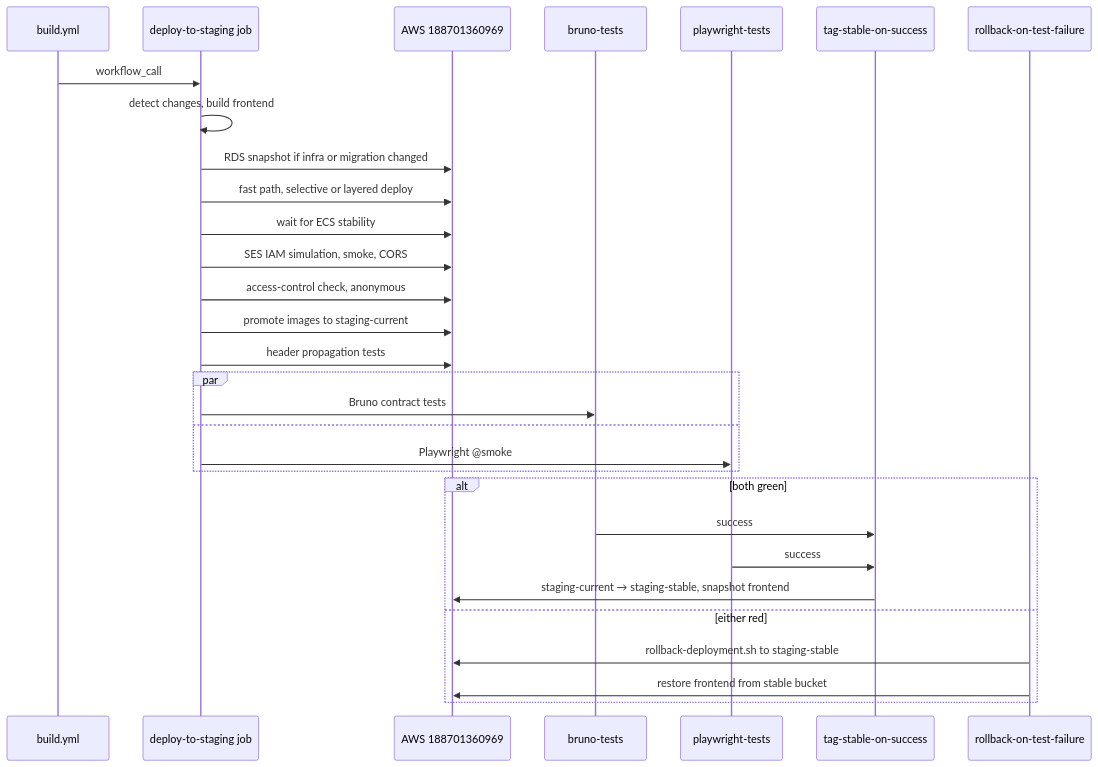
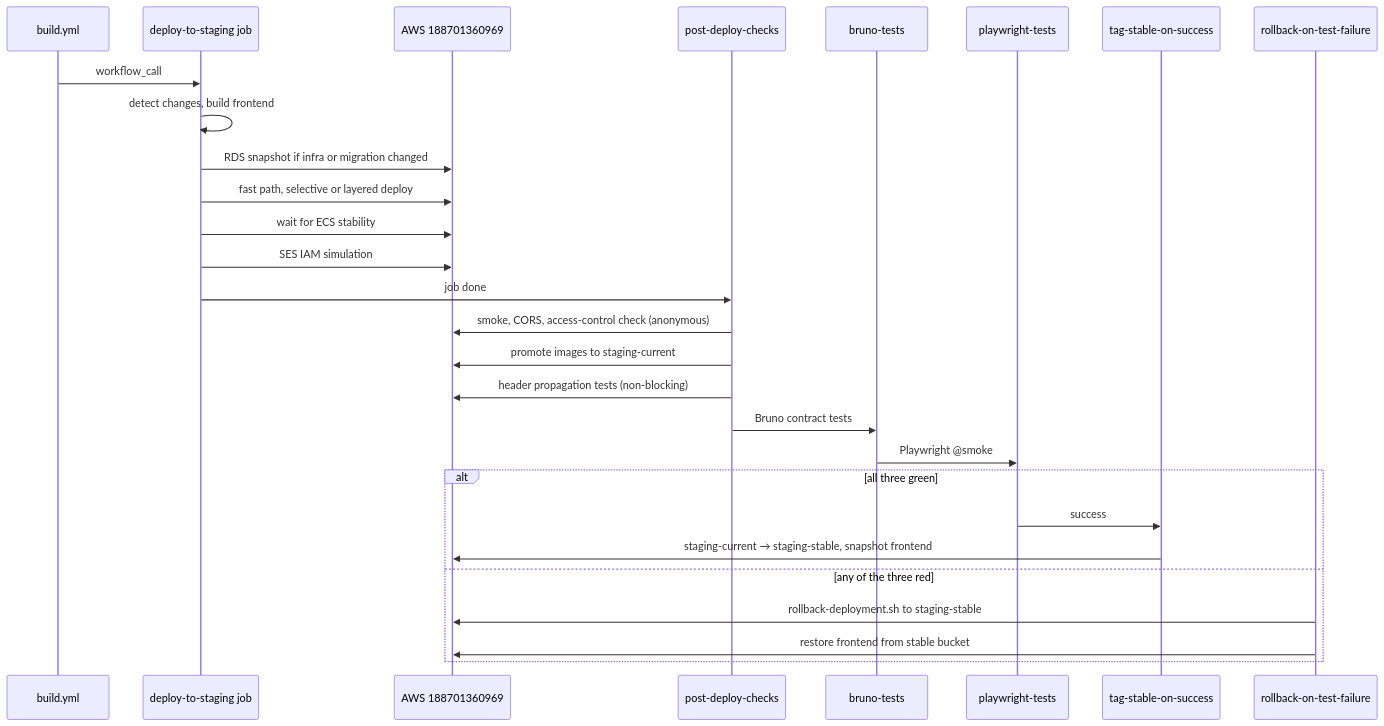
Before and after one commit to nissimbuchs/BATbern2: diagram 14 of 26 in docs/architecture/02-infrastructure-deployment.md, drawn with Mermaid. The commit also changed 479 other files, not shown here.

````diff
--- a/docs/architecture/02-infrastructure-deployment.md
+++ b/docs/architecture/02-infrastructure-deployment.md
@@ -791,33 +791,31 @@
 ```mermaid
 sequenceDiagram
     participant B as build.yml
     participant D as deploy-to-staging job
     participant AWS as AWS 188701360969
+    participant PC as post-deploy-checks
     participant BR as bruno-tests
     participant PW as playwright-tests
     participant OK as tag-stable-on-success
     participant RB as rollback-on-test-failure
 
     B->>D: workflow_call
     D->>D: detect changes, build frontend
     D->>AWS: RDS snapshot if infra or migration changed
     D->>AWS: fast path, selective or layered deploy
     D->>AWS: wait for ECS stability
-    D->>AWS: SES IAM simulation, smoke, CORS
-    D->>AWS: access-control check, anonymous
-    D->>AWS: promote images to staging-current
-    D->>AWS: header propagation tests
-    par
-        D->>BR: Bruno contract tests
-    and
-        D->>PW: Playwright @smoke
-    end
-    alt both green
-        BR->>OK: success
+    D->>AWS: SES IAM simulation
+    D->>PC: job done
+    PC->>AWS: smoke, CORS, access-control check (anonymous)
+    PC->>AWS: promote images to staging-current
+    PC->>AWS: header propagation tests (non-blocking)
+    PC->>BR: Bruno contract tests
+    BR->>PW: Playwright @smoke
+    alt all three green
         PW->>OK: success
         OK->>AWS: staging-current → staging-stable, snapshot frontend
-    else either red
+    else any of the three red
         RB->>AWS: rollback-deployment.sh to staging-stable
         RB->>AWS: restore frontend from stable bucket
     end
 ```
````
